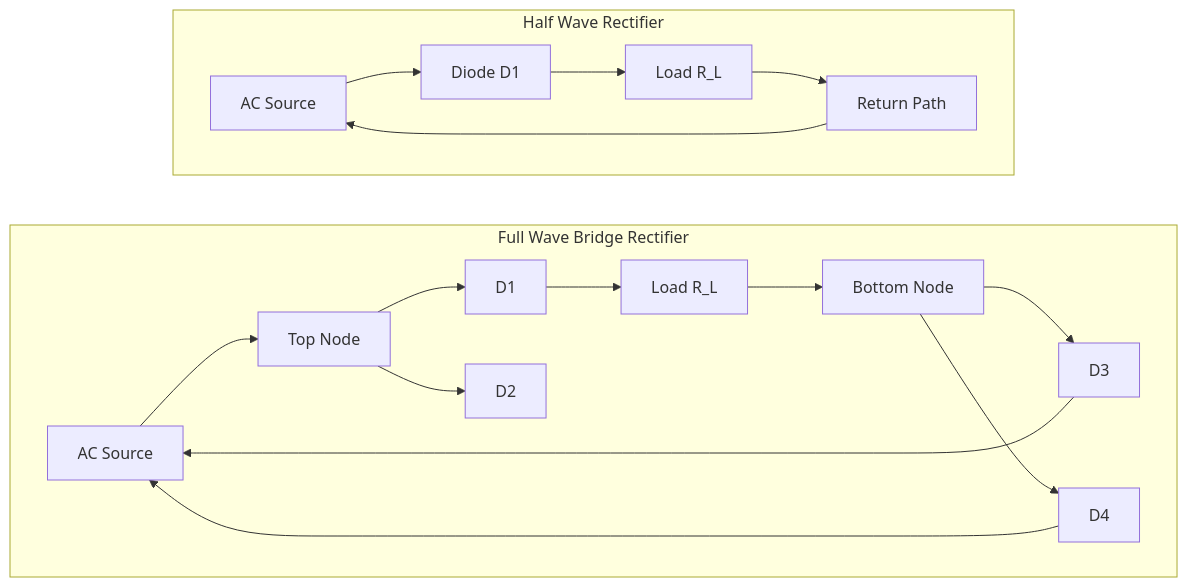
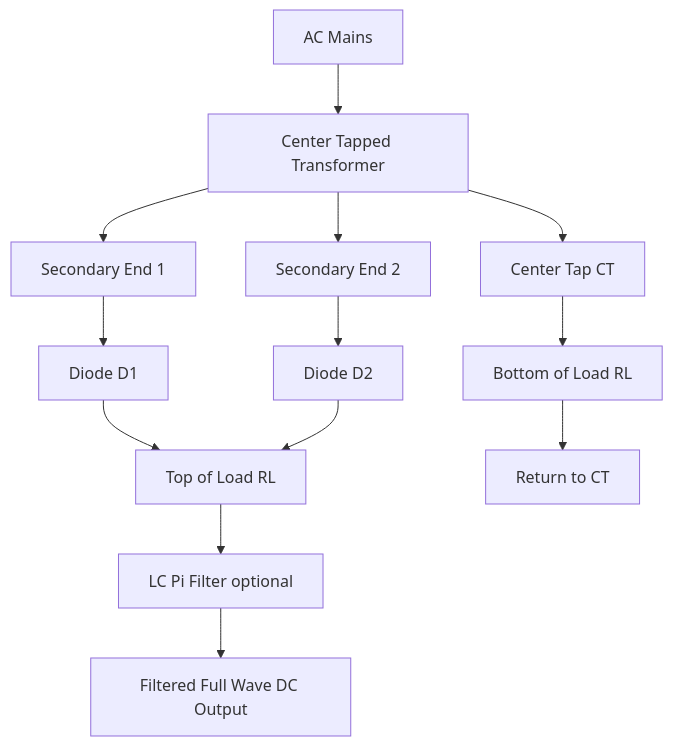
One commit to vishnuu-kr/ktunode changed the second of 4 diagrams in public/notes/computer-science-and-engineering/semester-1/gapht121-physics-for-information-science/04-module-4-semiconductor-devices/semiconductor-devices-rectifiers-full-wave-and-half-wave/notes.md. Above: the diagram before and after it, drawn with Mermaid. The commit also changed other lines of this file and 4829 other files, not shown here.

````diff
--- a/public/notes/computer-science-and-engineering/semester-1/gapht121-physics-for-information-science/04-module-4-semiconductor-devices/semiconductor-devices-rectifiers-full-wave-and-half-wave/notes.md
+++ b/public/notes/computer-science-and-engineering/semester-1/gapht121-physics-for-information-science/04-module-4-semiconductor-devices/semiconductor-devices-rectifiers-full-wave-and-half-wave/notes.md
@@ -486,25 +569,15 @@
 ```mermaid
 flowchart TB
-    subgraph HWR[Half Wave Rectifier]
-        direction LR
-        H_AC[AC Source] --> H_D[Diode D1]
-        H_D --> H_RL[Load R_L]
-        H_RL --> H_RET[Return Path]
-        H_RET --> H_AC
-    end
-
-    subgraph FWR_BR[Full Wave Bridge Rectifier]
-        direction LR
-        F_AC[AC Source] --> F_NODE_TOP[Top Node]
-        F_NODE_TOP --> F_D1[D1]
-        F_D1 --> F_RL[Load R_L]
-        F_NODE_TOP --> F_D2[D2]
-        F_RL --> F_NODE_BOT[Bottom Node]
-        F_NODE_BOT --> F_D3[D3]
-        F_NODE_BOT --> F_D4[D4]
-        F_D3 --> F_AC
-        F_D4 --> F_AC
-    end
-
-    HWR ~~~ FWR_BR
+    ACsrc2[AC Mains] --> Trans2[Center Tapped Transformer]
+    Trans2 --> End1[Secondary End 1]
+    Trans2 --> Center[Center Tap CT]
+    Trans2 --> End2[Secondary End 2]
+    End1 --> D1[Diode D1]
+    End2 --> D2[Diode D2]
+    D1 --> LoadTop[Top of Load RL]
+    D2 --> LoadTop
+    Center --> LoadBot[Bottom of Load RL]
+    LoadTop --> FilterF[LC Pi Filter optional]
+    FilterF --> Dcout[Filtered Full Wave DC Output]
+    LoadBot --> Return[Return to CT]
 ```
````
